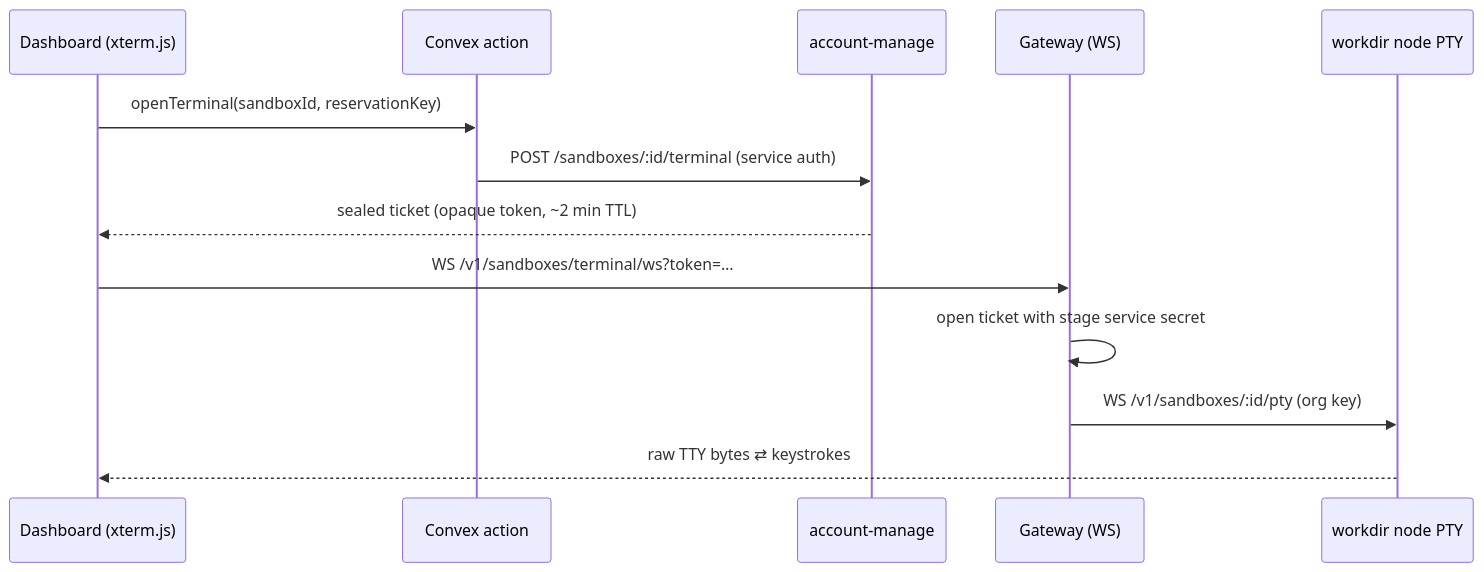
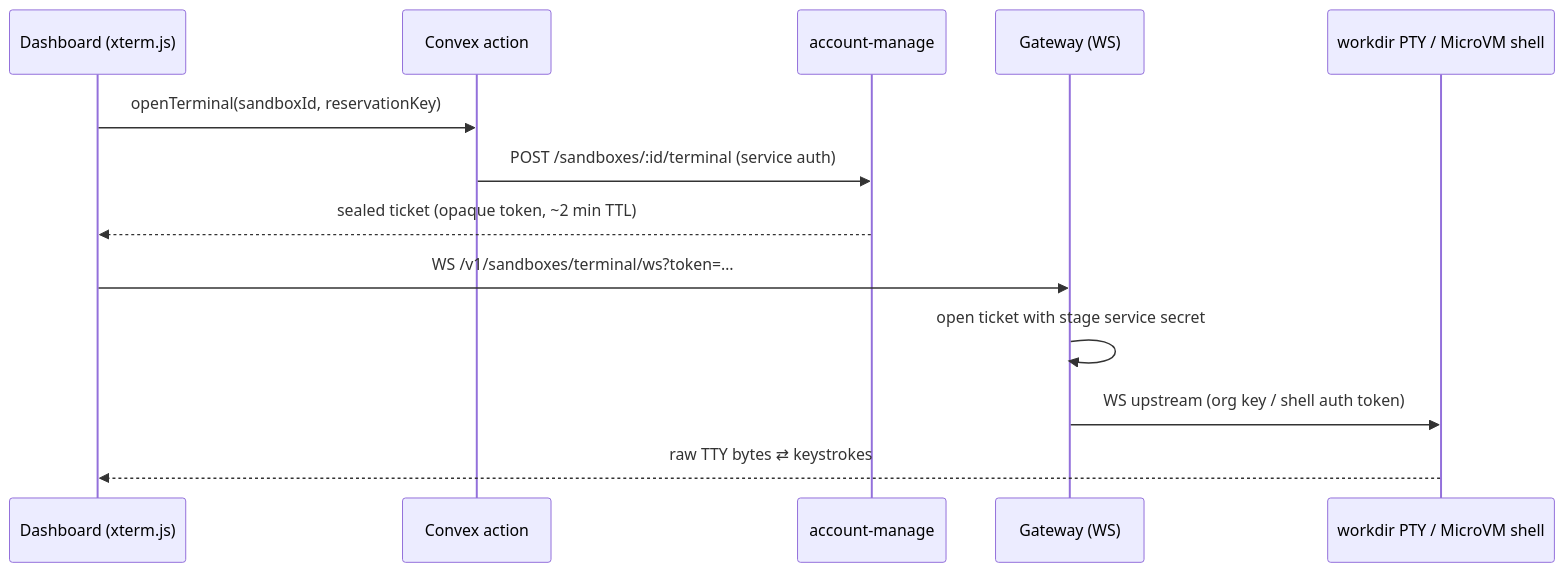
One commit to beeblastco/broods changed the third of 3 diagrams in apps/docs/docs/workspace/sandbox/best-practice.md. Above: the diagram before and after it, drawn with Mermaid. The commit also changed other lines of this file and 12 other files, not shown here.

First line of the commit message:
feat: native MicroVM PTY terminal via SHELL_INGRESS (#93)

````diff
--- a/apps/docs/docs/workspace/sandbox/best-practice.md
+++ b/apps/docs/docs/workspace/sandbox/best-practice.md
@@ -151,16 +152,16 @@
 ```mermaid
 sequenceDiagram
   participant D as Dashboard (xterm.js)
   participant C as Convex action
   participant AM as account-manage
   participant G as Gateway (WS)
-  participant W as workdir node PTY
+  participant P as workdir PTY / MicroVM shell
 
   D->>C: openTerminal(sandboxId, reservationKey)
   C->>AM: POST /sandboxes/:id/terminal (service auth)
   AM-->>D: sealed ticket (opaque token, ~2 min TTL)
   D->>G: WS /v1/sandboxes/terminal/ws?token=…
   G->>G: open ticket with stage service secret
-  G->>W: WS /v1/sandboxes/:id/pty (org key)
-  W-->>D: raw TTY bytes ⇄ keystrokes
+  G->>P: WS upstream (org key / shell auth token)
+  P-->>D: raw TTY bytes ⇄ keystrokes
 ```
````
